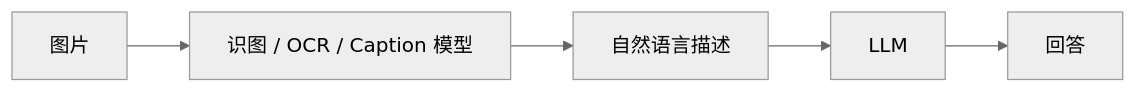
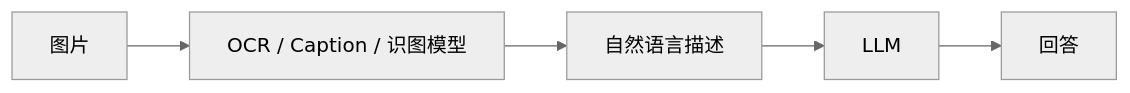
Before and after one commit to lizuyi-6/day0: the first of 4 diagrams in docs/05_multimodal/index.md, drawn with Mermaid (neutral theme). The commit also changed other lines of this file, not shown here.

````diff
--- a/docs/05_multimodal/index.md
+++ b/docs/05_multimodal/index.md
@@ -11,7 +17,7 @@
 ```mermaid
 flowchart LR
-    A[图片] --> B[识图 / OCR / Caption 模型]
+    A[图片] --> B[OCR / Caption / 识图模型]
     B --> C[自然语言描述]
     C --> D[LLM]
     D --> E[回答]
 ```
````
